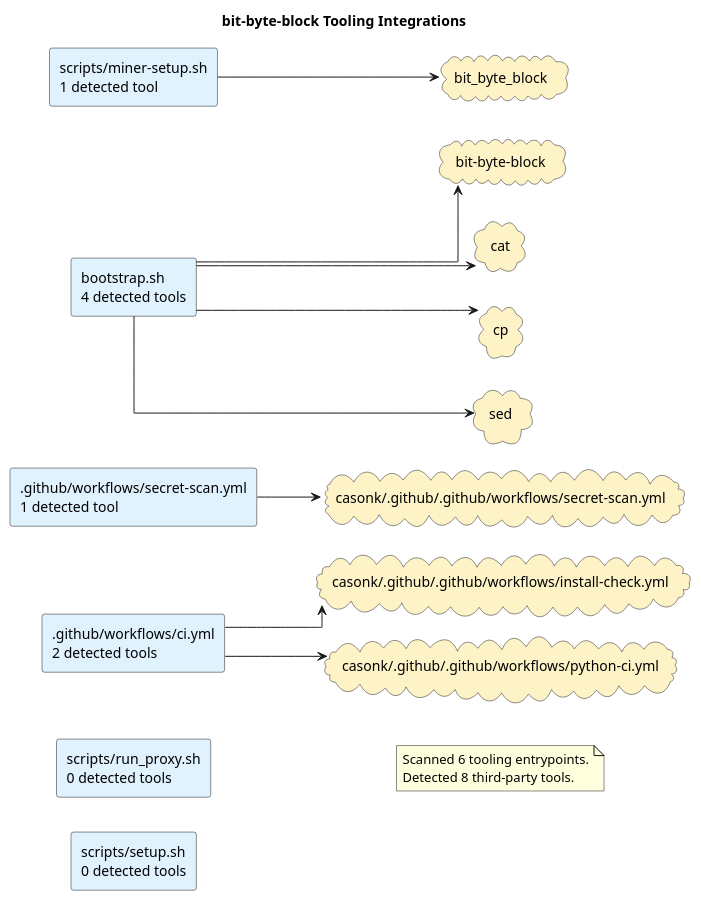
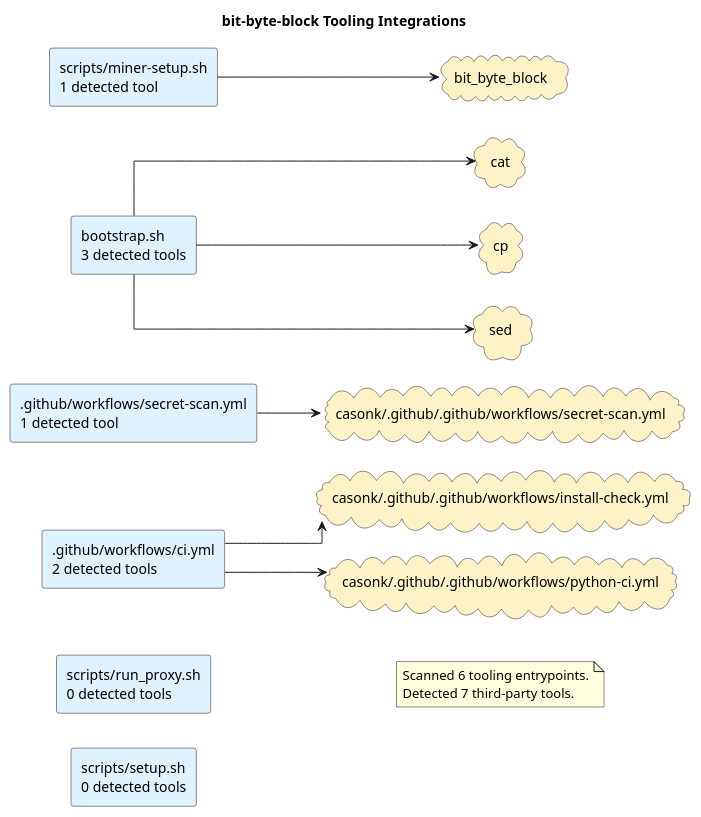
One commit to casonk/bit-byte-block changed the diagram in docs/diagrams/tooling-integrations.puml. Above: the diagram before and after it, drawn with PlantUML. The commit also changed 5 other files, not shown here.

First line of the commit message:
docs: refresh architecture diagrams (#7)

```diff
--- a/docs/diagrams/tooling-integrations.puml
+++ b/docs/diagrams/tooling-integrations.puml
@@ -1,34 +1,32 @@
 @startuml
 title bit-byte-block Tooling Integrations
 left to right direction
 skinparam shadowing false
 skinparam defaultFontName Monospace
 skinparam componentStyle rectangle
 skinparam linetype ortho
 rectangle ".github/workflows/ci.yml\n2 detected tools" as source_github_workflows_ci_yml #E0F2FE
 rectangle ".github/workflows/secret-scan.yml\n1 detected tool" as source_github_workflows_secret_scan_yml #E0F2FE
-rectangle "bootstrap.sh\n4 detected tools" as source_bootstrap_sh #E0F2FE
+rectangle "bootstrap.sh\n3 detected tools" as source_bootstrap_sh #E0F2FE
 rectangle "scripts/miner-setup.sh\n1 detected tool" as source_scripts_miner_setup_sh #E0F2FE
 rectangle "scripts/run_proxy.sh\n0 detected tools" as source_scripts_run_proxy_sh #E0F2FE
 rectangle "scripts/setup.sh\n0 detected tools" as source_scripts_setup_sh #E0F2FE
-cloud "bit-byte-block" as tool_bit_byte_block #FEF3C7
-cloud "bit_byte_block" as tool_bit_byte_block_2 #FEF3C7
+cloud "bit_byte_block" as tool_bit_byte_block #FEF3C7
 cloud "casonk/.github/.github/workflows/install-check.yml" as tool_casonk_github_github_workflows_install_check_yml #FEF3C7
 cloud "casonk/.github/.github/workflows/python-ci.yml" as tool_casonk_github_github_workflows_python_ci_yml #FEF3C7
 cloud "casonk/.github/.github/workflows/secret-scan.yml" as tool_casonk_github_github_workflows_secret_scan_yml #FEF3C7
 cloud "cat" as tool_cat #FEF3C7
 cloud "cp" as tool_cp #FEF3C7
 cloud "sed" as tool_sed #FEF3C7
 source_github_workflows_ci_yml --> tool_casonk_github_github_workflows_install_check_yml
 source_github_workflows_ci_yml --> tool_casonk_github_github_workflows_python_ci_yml
 source_github_workflows_secret_scan_yml --> tool_casonk_github_github_workflows_secret_scan_yml
-source_bootstrap_sh --> tool_bit_byte_block
 source_bootstrap_sh --> tool_cat
 source_bootstrap_sh --> tool_cp
 source_bootstrap_sh --> tool_sed
-source_scripts_miner_setup_sh --> tool_bit_byte_block_2
+source_scripts_miner_setup_sh --> tool_bit_byte_block
 note as toolingGraphSummary
 Scanned 6 tooling entrypoints.
-Detected 8 third-party tools.
+Detected 7 third-party tools.
 end note
 @enduml
```
